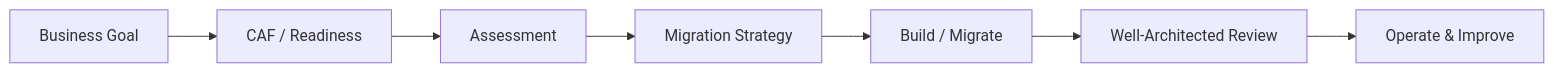
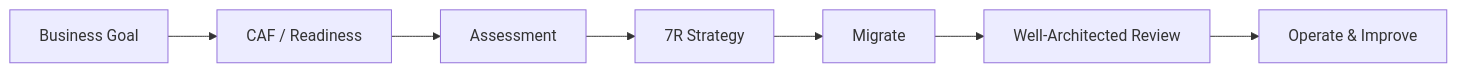
The fifth of 5 diagrams in content/posts/02.Security/aws/aws-ccp-1/index.md (noir1458/noir1458.github.io), drawn with Mermaid before and after one commit. The commit also changed other lines of this file and 4 other files, not shown here.

````diff
--- a/content/posts/02.Security/aws/aws-ccp-1/index.md
+++ b/content/posts/02.Security/aws/aws-ccp-1/index.md
@@ -468,9 +221,9 @@
 ```mermaid
 flowchart LR
-    A[Business Goal] --> B[CAF / Readiness]
-    B --> C[Assessment]
-    C --> D[Migration Strategy]
-    D --> E[Build / Migrate]
-    E --> F[Well-Architected Review]
-    F --> G[Operate & Improve]
+    G[Business Goal] --> C[CAF / Readiness]
+    C --> A[Assessment]
+    A --> S[7R Strategy]
+    S --> M[Migrate]
+    M --> W[Well-Architected Review]
+    W --> O[Operate & Improve]
 ```
````
